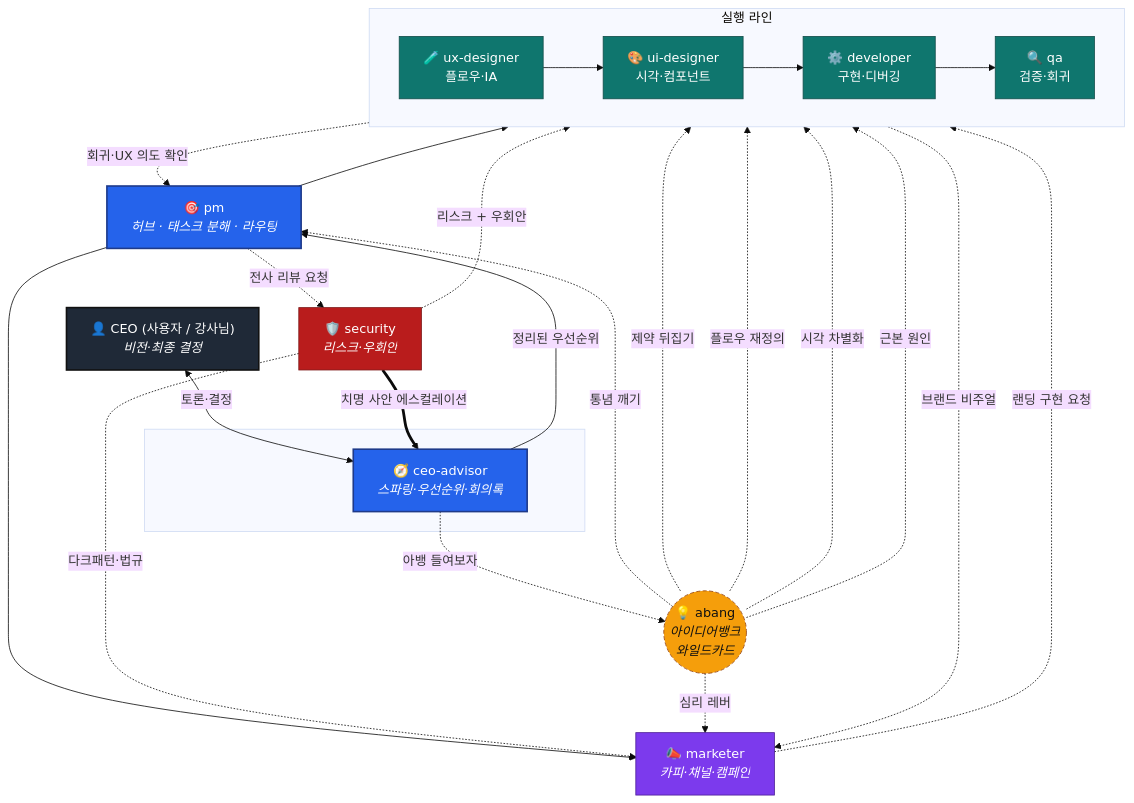
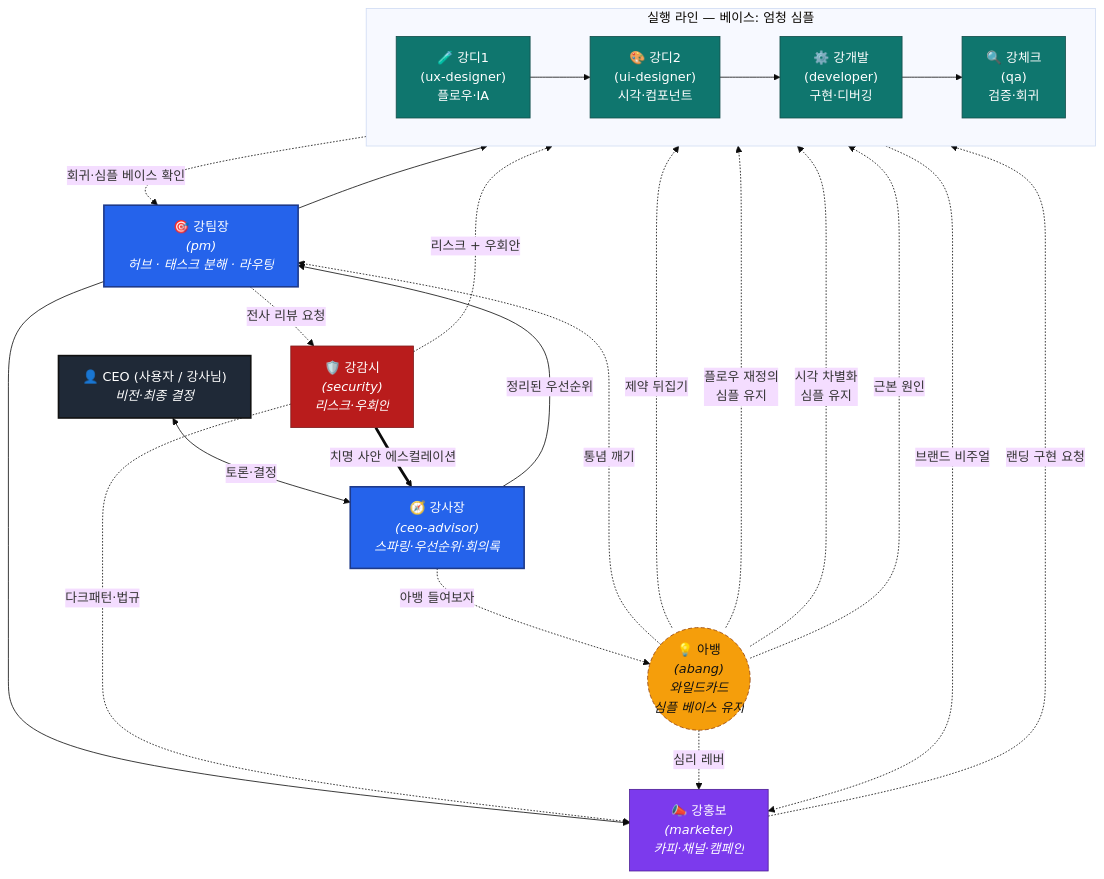
Before and after one commit to 1215kkm/Ai_Team: the first of 2 diagrams in docs/role-architecture.md, drawn with Mermaid (base theme). The commit also changed other lines of this file and 9 other files, not shown here.

````diff
--- a/docs/role-architecture.md
+++ b/docs/role-architecture.md
@@ -12,62 +30,60 @@
 ```mermaid
 flowchart TB
     CEO["👤 CEO (사용자 / 강사님)<br/><i>비전·최종 결정</i>"]
 
-    subgraph TOP[" "]
-        ADVISOR["🧭 ceo-advisor<br/><i>스파링·우선순위·회의록</i>"]
+    BOSS["🧭 강사장<br/><i>(ceo-advisor)<br/>스파링·우선순위·회의록</i>"]
+
+    PM["🎯 강팀장<br/><i>(pm)<br/>허브 · 태스크 분해 · 라우팅</i>"]
+
+    subgraph EXEC["실행 라인 — 베이스: 엄청 심플"]
+        direction LR
+        UX["🧪 강디1<br/>(ux-designer)<br/>플로우·IA"]
+        UI["🎨 강디2<br/>(ui-designer)<br/>시각·컴포넌트"]
+        DEV["⚙️ 강개발<br/>(developer)<br/>구현·디버깅"]
+        QA["🔍 강체크<br/>(qa)<br/>검증·회귀"]
     end
 
-    PM["🎯 pm<br/><i>허브 · 태스크 분해 · 라우팅</i>"]
+    MKT["📣 강홍보<br/><i>(marketer)<br/>카피·채널·캠페인</i>"]
+    SEC["🛡️ 강감시<br/><i>(security)<br/>리스크·우회안</i>"]
+    ABANG(("💡 아뱅<br/><i>(abang)<br/>와일드카드<br/>심플 베이스 유지</i>"))
 
-    subgraph EXEC["실행 라인"]
-        direction LR
-        UX["🧪 ux-designer<br/>플로우·IA"]
-        UI["🎨 ui-designer<br/>시각·컴포넌트"]
-        DEV["⚙️ developer<br/>구현·디버깅"]
-        QA["🔍 qa<br/>검증·회귀"]
-    end
-
-    MKT["📣 marketer<br/><i>카피·채널·캠페인</i>"]
-    SEC["🛡️ security<br/><i>리스크·우회안</i>"]
-    ABANG(("💡 abang<br/><i>아이디어뱅크<br/>와일드카드</i>"))
-
-    CEO <-->|토론·결정| ADVISOR
-    ADVISOR -->|정리된 우선순위| PM
+    CEO <-->|토론·결정| BOSS
+    BOSS -->|정리된 우선순위| PM
 
     PM --> UX
     UX --> UI
     UI --> DEV
     DEV --> QA
-    QA -.회귀·UX 의도 확인.-> PM
+    QA -.회귀·심플 베이스 확인.-> PM
 
     PM --> MKT
     UI -.브랜드 비주얼.-> MKT
     MKT -.랜딩 구현 요청.-> DEV
 
     PM -.전사 리뷰 요청.-> SEC
     SEC -.리스크 + 우회안.-> DEV
     SEC -.다크패턴·법규.-> MKT
-    SEC ==치명 사안 에스컬레이션==> ADVISOR
+    SEC ==치명 사안 에스컬레이션==> BOSS
 
     ABANG -.통념 깨기.-> PM
     ABANG -.심리 레버.-> MKT
     ABANG -.제약 뒤집기.-> DEV
-    ABANG -.플로우 재정의.-> UX
-    ABANG -.시각 차별화.-> UI
+    ABANG -.플로우 재정의<br/>심플 유지.-> UX
+    ABANG -.시각 차별화<br/>심플 유지.-> UI
     ABANG -.근본 원인.-> QA
-    ADVISOR -.아뱅 들여보자.-> ABANG
+    BOSS -.아뱅 들여보자.-> ABANG
 
     classDef ceo fill:#1f2937,stroke:#111,color:#fff,stroke-width:2px
     classDef hub fill:#2563eb,stroke:#1e3a8a,color:#fff,stroke-width:2px
     classDef exec fill:#0f766e,stroke:#134e4a,color:#fff
     classDef support fill:#7c3aed,stroke:#4c1d95,color:#fff
     classDef guard fill:#b91c1c,stroke:#7f1d1d,color:#fff
     classDef wild fill:#f59e0b,stroke:#92400e,color:#111,stroke-dasharray: 5 3
 
     class CEO ceo
-    class ADVISOR,PM hub
+    class BOSS,PM hub
     class UX,UI,DEV,QA exec
     class MKT support
     class SEC guard
     class ABANG wild
 ```
````
